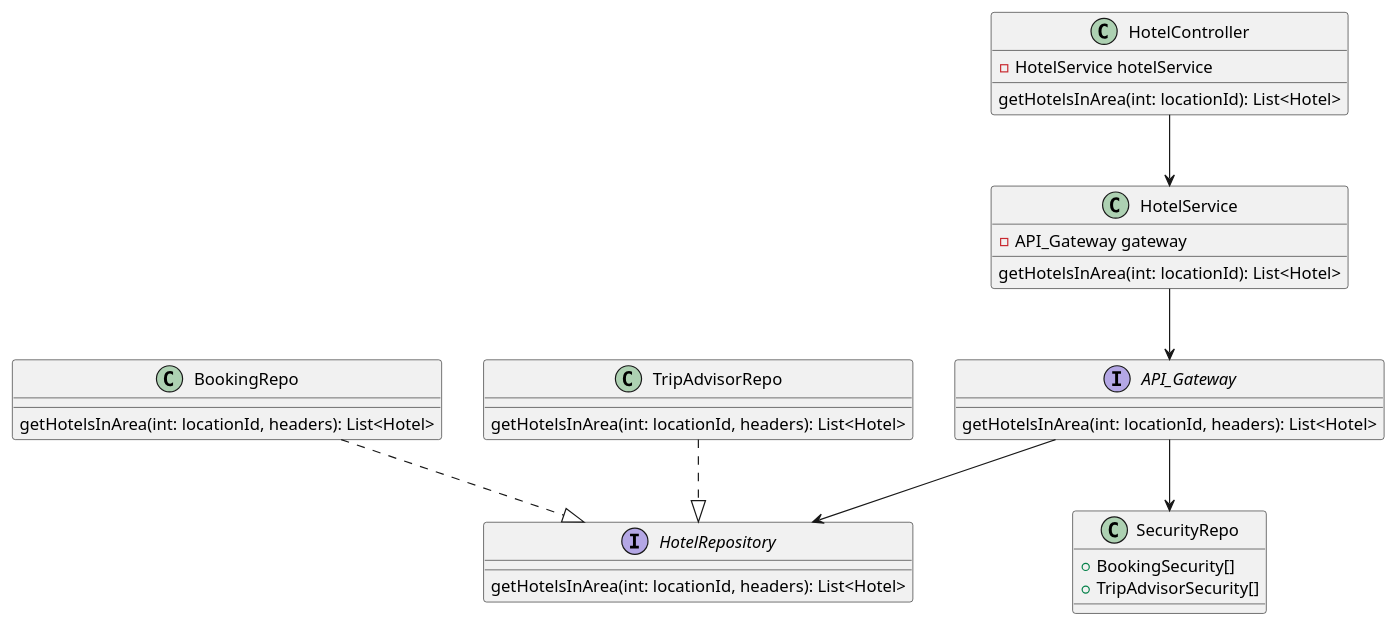
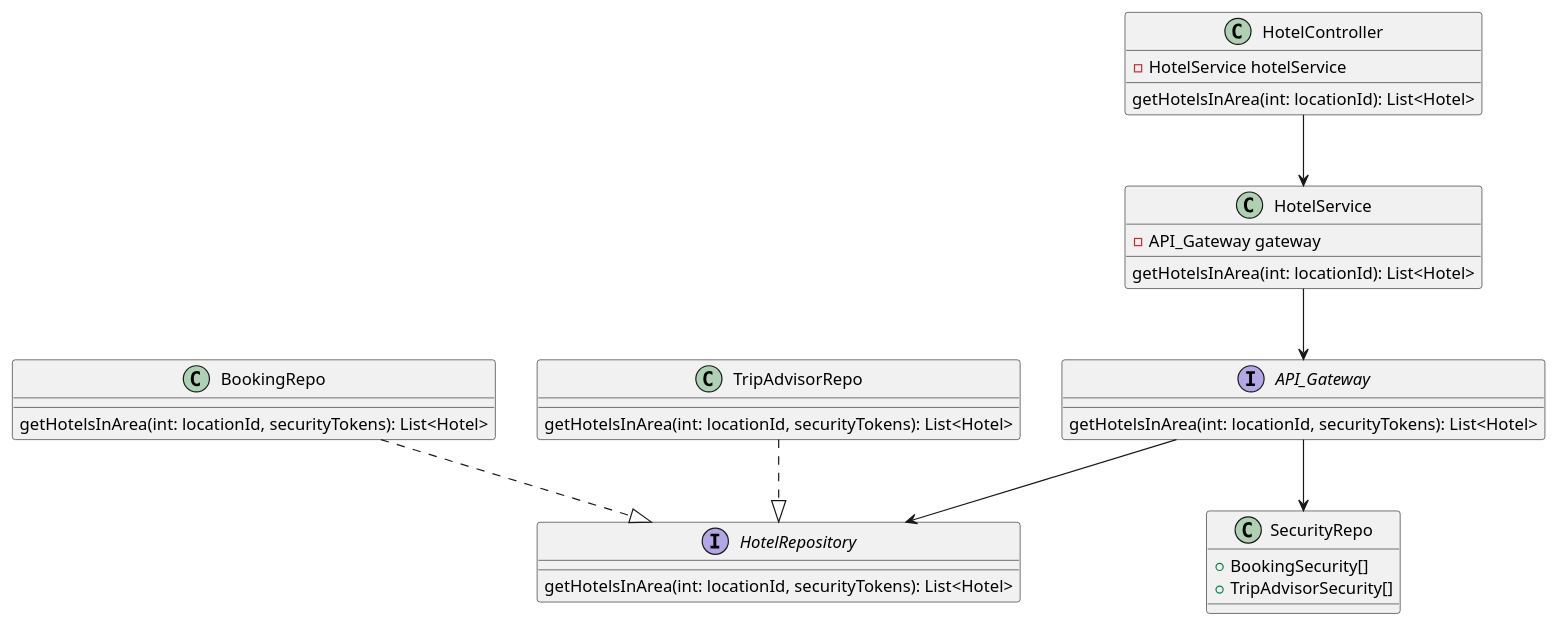
One commit to AIM-ENE-feb25/triptop-jrn changed the diagram in huiswerkNiels/huiswerkAPI/src/main/java/com/example/huiswerkAPI/Class_diagram_onderzoeksvraag.puml. Above: the diagram before and after it, drawn with PlantUML. The commit also changed 8 other files, not shown here.

```diff
--- a/huiswerkNiels/huiswerkAPI/src/main/java/com/example/huiswerkAPI/Class_diagram_onderzoeksvraag.puml
+++ b/huiswerkNiels/huiswerkAPI/src/main/java/com/example/huiswerkAPI/Class_diagram_onderzoeksvraag.puml
@@ -1,42 +1,42 @@
 @startuml
 'https://plantuml.com/class-diagram
 
 class HotelController {
     - HotelService hotelService
     getHotelsInArea(int: locationId): List<Hotel>
 }
 
 class HotelService{
     - API_Gateway gateway
     getHotelsInArea(int: locationId): List<Hotel>
 }
 
 interface API_Gateway{
-    getHotelsInArea(int: locationId, headers): List<Hotel>
+    getHotelsInArea(int: locationId, securityTokens): List<Hotel>
 }
 
 interface HotelRepository {
-    getHotelsInArea(int: locationId, headers): List<Hotel>
+    getHotelsInArea(int: locationId, securityTokens): List<Hotel>
 }
 
 class BookingRepo {
-    getHotelsInArea(int: locationId, headers): List<Hotel>
+    getHotelsInArea(int: locationId, securityTokens): List<Hotel>
 }
 
 class TripAdvisorRepo {
-    getHotelsInArea(int: locationId, headers): List<Hotel>
+    getHotelsInArea(int: locationId, securityTokens): List<Hotel>
 }
 
 class SecurityRepo{
 + BookingSecurity[]
 + TripAdvisorSecurity[]
 }
 
 HotelController --> HotelService
 HotelService --> API_Gateway
 API_Gateway --> SecurityRepo
 API_Gateway --> HotelRepository
 BookingRepo ..|> HotelRepository
 TripAdvisorRepo ..|> HotelRepository
 
 @enduml
```
